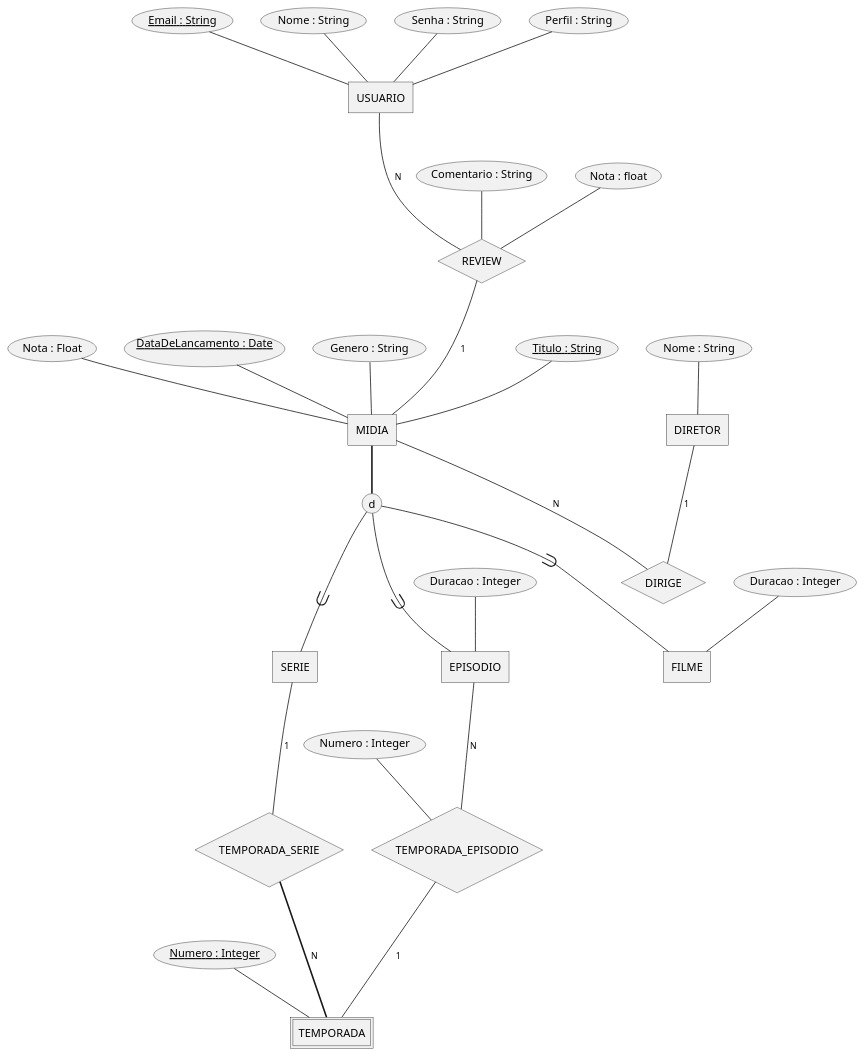
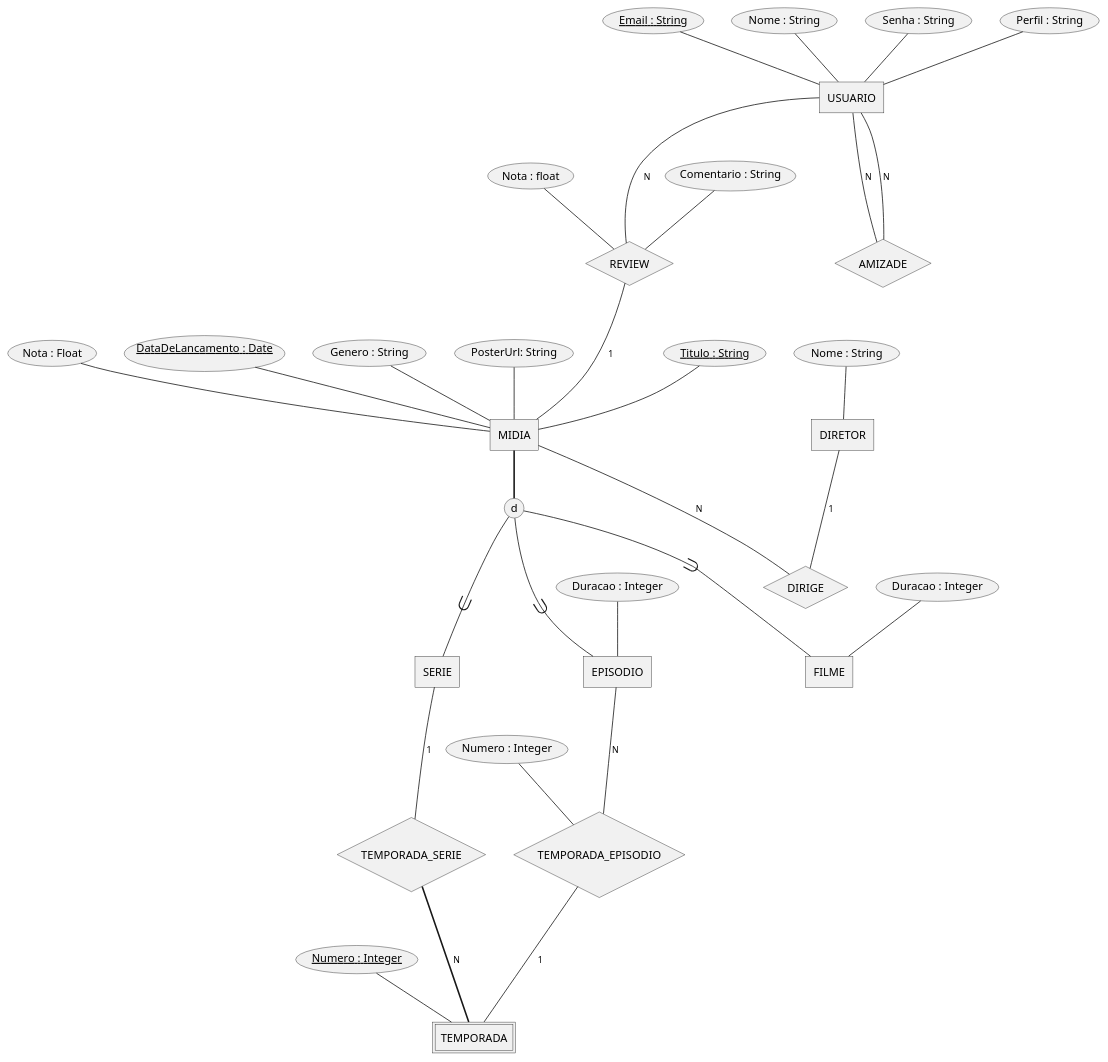
One commit to rogerpcto/DevWebAvancado-UFF changed the diagram in ER.plantuml. Above: the diagram before and after it, drawn with PlantUML. The commit also changed 1 other file, not shown here.

Commit message:
fixed ER and SQL

```diff
--- a/ER.plantuml
+++ b/ER.plantuml
@@ -1,63 +1,69 @@
-@startchen
+@startchen ER
 
 entity USUARIO{
   Email : String <<key>>
   Nome : String
   Senha : String
   Perfil : String
 }
 
 entity MIDIA{
   Titulo : String <<key>>
   Nota : Float
   DataDeLancamento : Date <<key>>
   Genero : String
+  PosterUrl: String
 }
 
 entity FILME{
   Duracao : Integer
 }
 
 entity TEMPORADA <<weak>>{
   Numero : Integer <<key>>
 }
 
 entity EPISODIO{
   Duracao : Integer
 }
 
 entity DIRETOR{
   Nome : String
 }
 
 relationship TEMPORADA_SERIE{
 }
 
 relationship TEMPORADA_EPISODIO{
   Numero : Integer
 }
 
 relationship DIRIGE{
 }
 
 relationship REVIEW{
   Comentario : String
   Nota : float
 }
 
 entity SERIE{
 }
 
+relationship AMIZADE{
+}
+
+
 MIDIA =>= d {FILME, SERIE, EPISODIO}
 
 EPISODIO -N- TEMPORADA_EPISODIO
 TEMPORADA_EPISODIO -1- TEMPORADA
 SERIE-1- TEMPORADA_SERIE
 TEMPORADA_SERIE =N= TEMPORADA
 MIDIA -N- DIRIGE
 DIRETOR -1- DIRIGE
-
 USUARIO -N- REVIEW
 REVIEW -1- MIDIA
+USUARIO -N- AMIZADE
+USUARIO -N- AMIZADE
 
 @endchen
```
